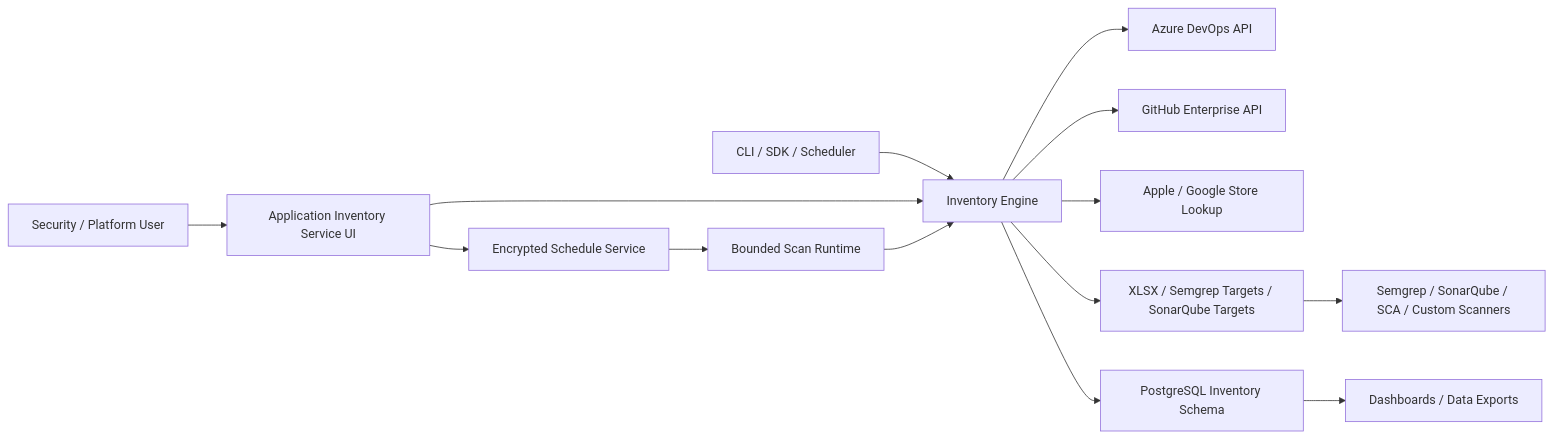
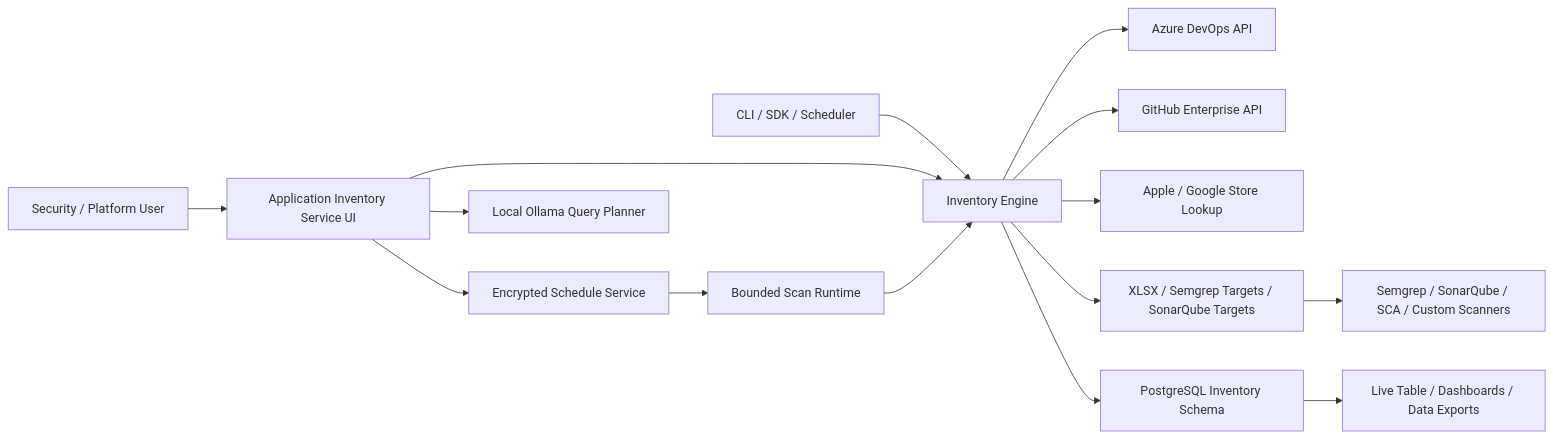
One commit to h0p3sf4ll/application-inventory-service changed the diagram in docs/ARCHITECTURE.md. Above: the diagram before and after it, drawn with Mermaid. The commit also changed other lines of this file and 32 other files, not shown here.

````diff
--- a/docs/ARCHITECTURE.md
+++ b/docs/ARCHITECTURE.md
@@ -5,16 +5,17 @@
 ```mermaid
 flowchart LR
   User["Security / Platform User"] --> UI["Application Inventory Service UI"]
   Automation["CLI / SDK / Scheduler"] --> Core["Inventory Engine"]
   UI --> Core
   UI --> Scheduler["Encrypted Schedule Service"]
+  UI --> LLM["Local Ollama Query Planner"]
   Scheduler --> Runtime["Bounded Scan Runtime"]
   Runtime --> Core
   Core --> ADO["Azure DevOps API"]
   Core --> GHE["GitHub Enterprise API"]
   Core --> Stores["Apple / Google Store Lookup"]
   Core --> Reports["XLSX / Semgrep Targets / SonarQube Targets"]
   Core --> DB["PostgreSQL Inventory Schema"]
   Reports --> Scanners["Semgrep / SonarQube / SCA / Custom Scanners"]
-  DB --> BI["Dashboards / Data Exports"]
+  DB --> BI["Live Table / Dashboards / Data Exports"]
 ```
````
